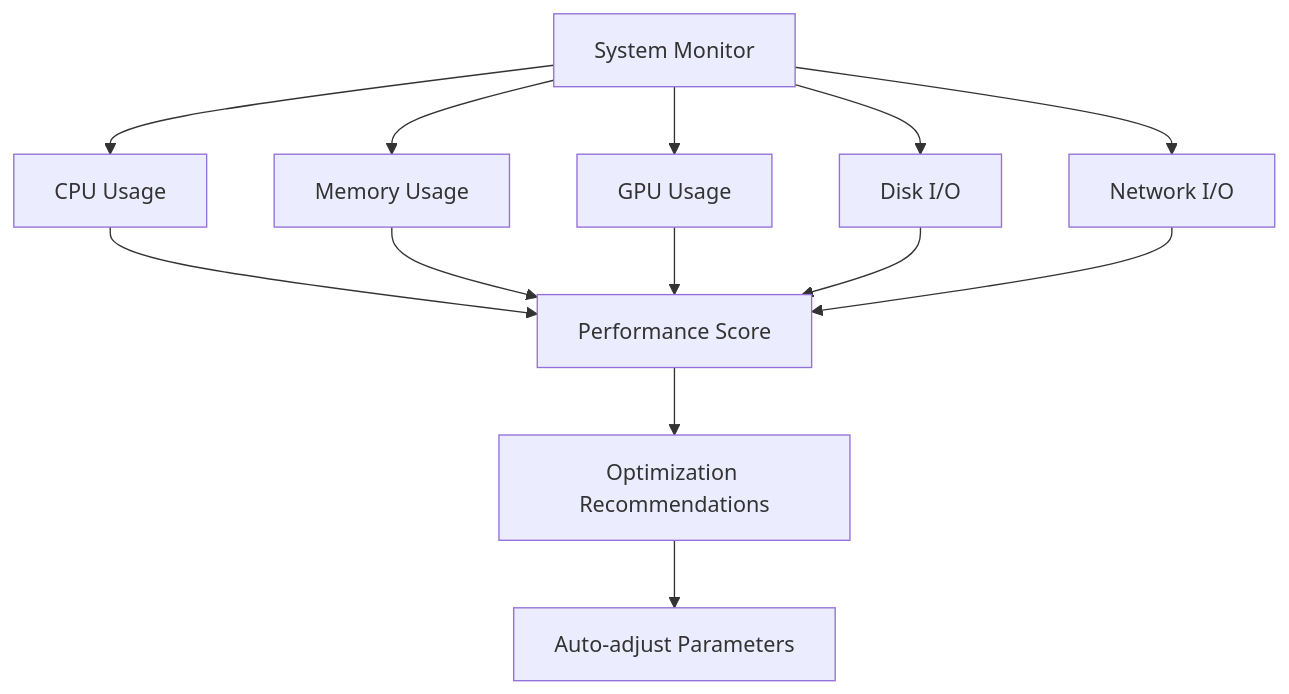
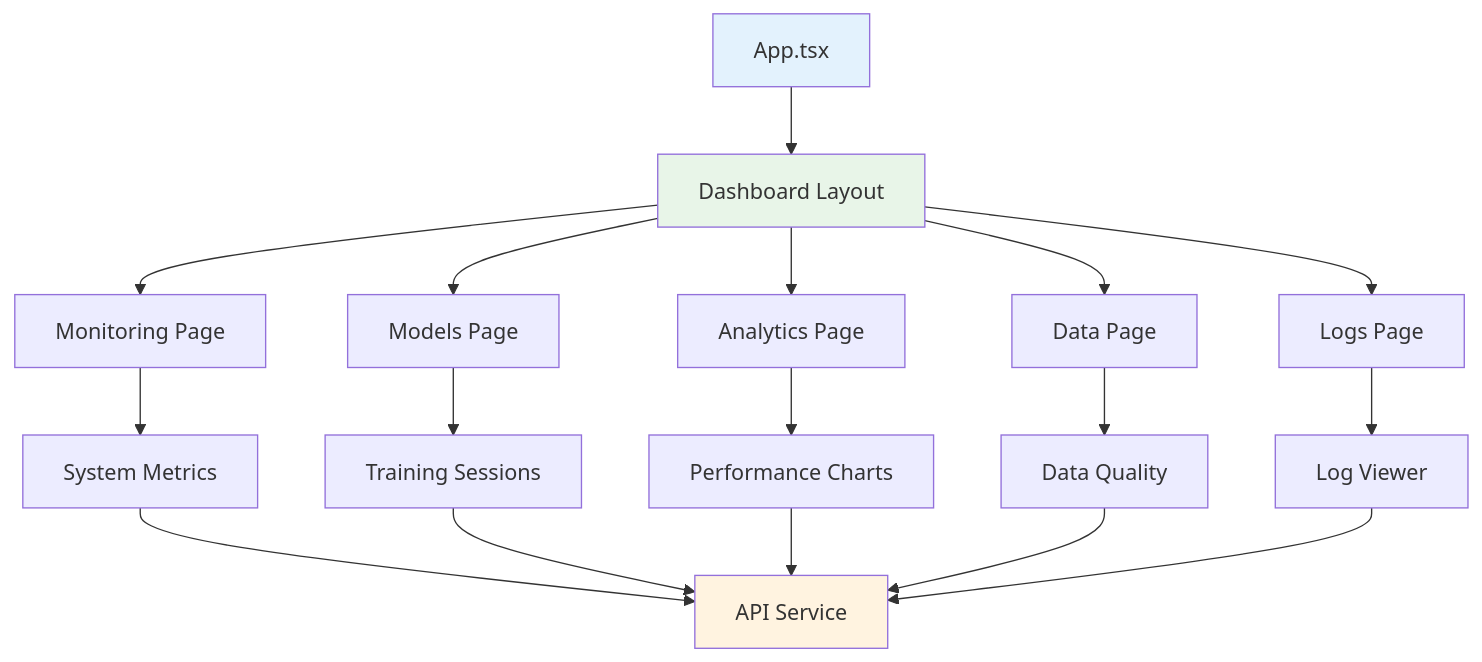
The third of 4 diagrams in README.md (aminchedo/PersianLegalAITraining-System), drawn with Mermaid before and after one commit. The commit also changed other lines of this file, not shown here.

````diff
--- a/README.md
+++ b/README.md
@@ -2154,17 +559,25 @@
 ```mermaid
-graph TB
-    A[System Monitor] --> B[CPU Usage]
-    A --> C[Memory Usage]
-    A --> D[GPU Usage]
-    A --> E[Disk I/O]
-    A --> F[Network I/O]
+graph TD
+    A[App.tsx] --> B[Dashboard Layout]
+    B --> C[Monitoring Page]
+    B --> D[Models Page]
+    B --> E[Analytics Page]
+    B --> F[Data Page]
+    B --> G[Logs Page]
     
-    B --> G[Performance Score]
-    C --> G
-    D --> G
-    E --> G
-    F --> G
+    C --> H[System Metrics]
+    D --> I[Training Sessions]
+    E --> J[Performance Charts]
+    F --> K[Data Quality]
+    G --> L[Log Viewer]
     
-    G --> H[Optimization Recommendations]
-    H --> I[Auto-adjust Parameters]
+    H --> M[API Service]
+    I --> M
+    J --> M
+    K --> M
+    L --> M
+    
+    style A fill:#e3f2fd
+    style B fill:#e8f5e8
+    style M fill:#fff3e0
 ```
````
